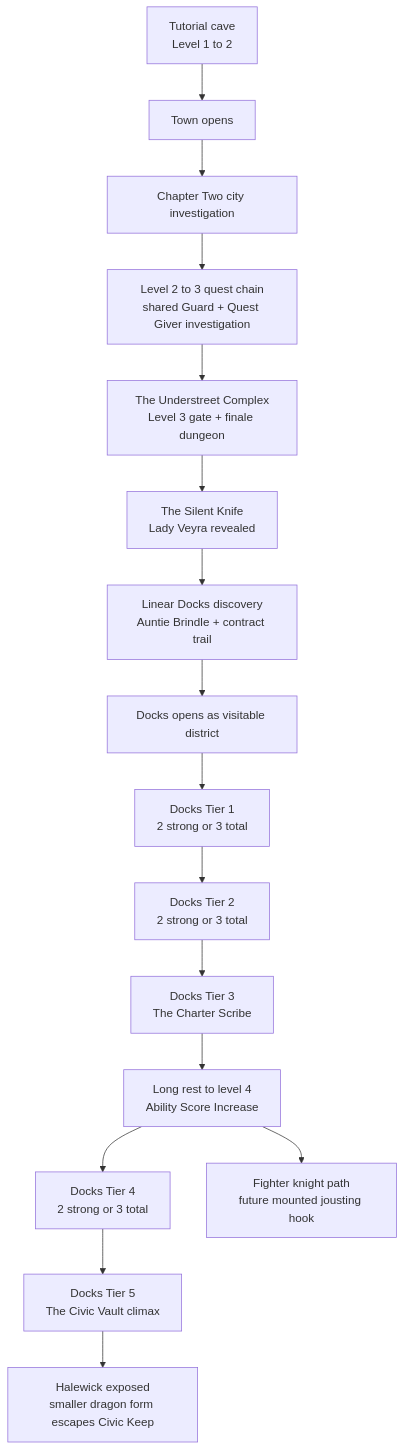
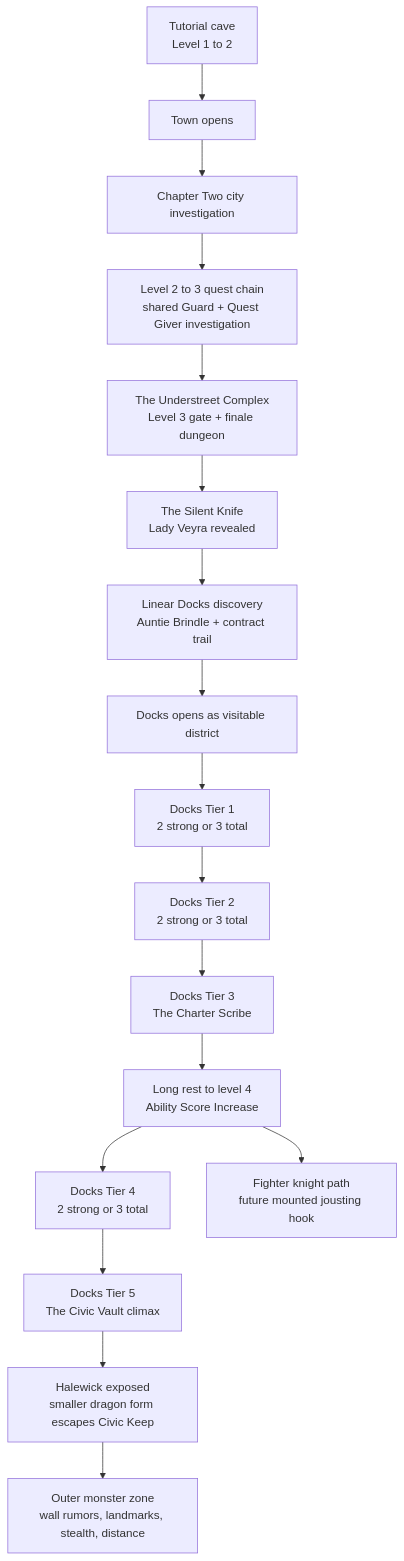
The first of 4 diagrams in docs/visual-story-progression.md (JesperYH24/dnd-git-adventure), drawn with Mermaid before and after one commit. The commit also changed 9 other files, not shown here.

Commit message:
Document monster zone distance layer

````diff
--- a/docs/visual-story-progression.md
+++ b/docs/visual-story-progression.md
@@ -5,21 +5,22 @@
 ```mermaid
 flowchart TD
     Tutorial["Tutorial cave\nLevel 1 to 2"] --> TownOpen["Town opens"]
     TownOpen --> ChapterTwo["Chapter Two city investigation"]
 
     ChapterTwo --> Level23["Level 2 to 3 quest chain\nshared Guard + Quest Giver investigation"]
     Level23 --> Understreet["The Understreet Complex\nLevel 3 gate + finale dungeon"]
 
     Understreet --> SilentKnife["The Silent Knife\nLady Veyra revealed"]
     SilentKnife --> DocksLinear["Linear Docks discovery\nAuntie Brindle + contract trail"]
     DocksLinear --> DocksOpen["Docks opens as visitable district"]
 
     DocksOpen --> DocksT1["Docks Tier 1\n2 strong or 3 total"]
     DocksT1 --> DocksT2["Docks Tier 2\n2 strong or 3 total"]
     DocksT2 --> CharterScribe["Docks Tier 3\nThe Charter Scribe"]
     CharterScribe --> Level4["Long rest to level 4\nAbility Score Increase"]
     Level4 --> DocksT4["Docks Tier 4\n2 strong or 3 total"]
     Level4 --> FighterJoust["Fighter knight path\nfuture mounted jousting hook"]
     DocksT4 --> CivicVault["Docks Tier 5\nThe Civic Vault climax"]
     CivicVault --> HalewickEscape["Halewick exposed\nsmaller dragon form escapes Civic Keep"]
+    HalewickEscape --> MonsterZone["Outer monster zone\nwall rumors, landmarks, stealth, distance"]
 ```
````
